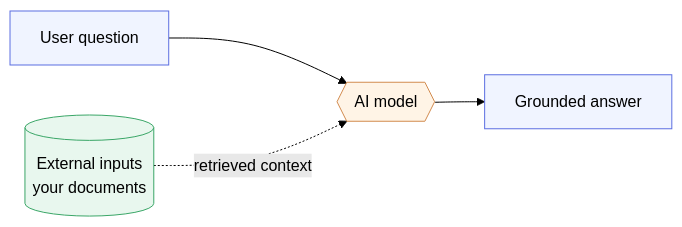
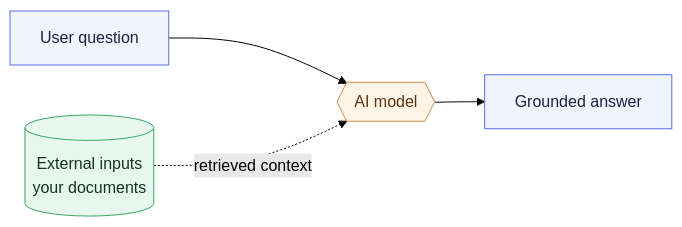
One commit to LinkedInLearning/docker-for-local-ai-app-development-build-lightweight-containerized-ai-applications-11189001 changed the first of 4 diagrams in chapter_1/l2/README.md. Above: the diagram before and after it, drawn with Mermaid (forest theme). The commit also changed other lines of this file and 25 other files, not shown here.

````diff
--- a/chapter_1/l2/README.md
+++ b/chapter_1/l2/README.md
@@ -53,14 +53,14 @@
 ```mermaid
 flowchart LR
     Q[User question] --> M{{AI model}}
     M --> A[Grounded answer]
     D[(External inputs<br/>your documents)] -.retrieved context.-> M
 
-    classDef io    fill:#f0f4ff,stroke:#5b6ee1,stroke-width:1px;
-    classDef model fill:#fff4e6,stroke:#d28b4f,stroke-width:1px;
-    classDef data  fill:#e8f7ee,stroke:#3aa667,stroke-width:1px;
+    classDef io    fill:#f0f4ff,stroke:#5b6ee1,stroke-width:1px,color:#1a2440;
+    classDef model fill:#fff4e6,stroke:#d28b4f,stroke-width:1px,color:#5c3410;
+    classDef data  fill:#e8f7ee,stroke:#3aa667,stroke-width:1px,color:#12341f;
 
     class Q,A io
     class M model
     class D data
 ```
````
